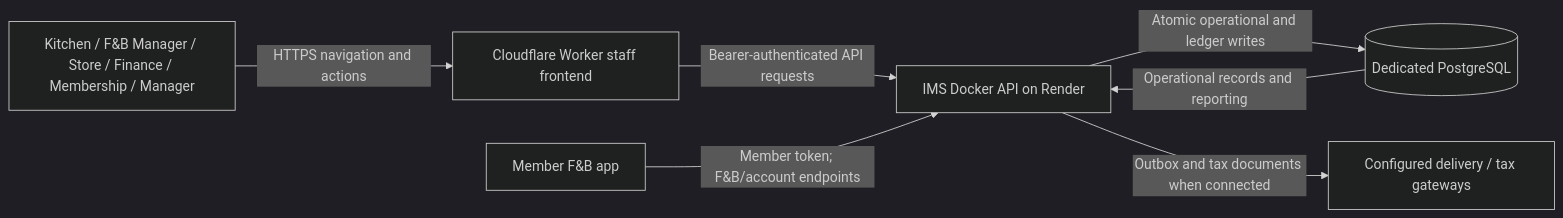
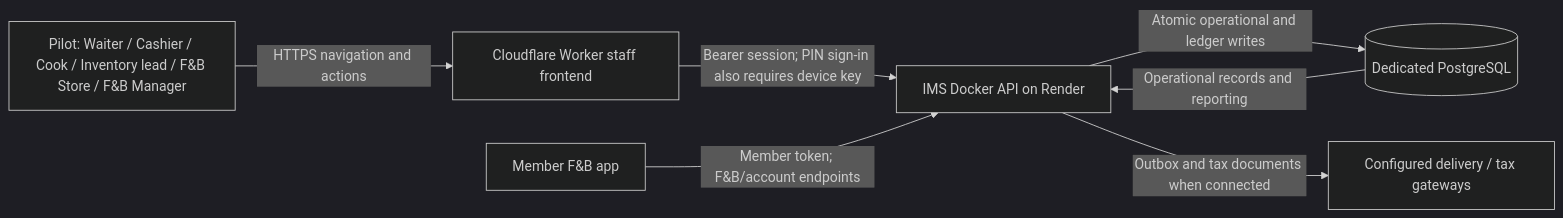
One commit to Baqir-Hassan/ims changed the first of 2 diagrams in docs/FNB_DFD.md. Above: the diagram before and after it, drawn with Mermaid (dark theme). The commit also changed other lines of this file and 7 other files, not shown here.

````diff
--- a/docs/FNB_DFD.md
+++ b/docs/FNB_DFD.md
@@ -7,15 +10,15 @@
 ```mermaid
 flowchart LR
-  Staff["Kitchen / F&B Manager / Store / Finance / Membership / Manager"]
+  Staff["Pilot: Waiter / Cashier / Cook / Inventory lead / F&B Store / F&B Manager"]
   App["Member F&B app"]
   UI["Cloudflare Worker staff frontend"]
   API["IMS Docker API on Render"]
   DB[("Dedicated PostgreSQL")]
   Delivery["Configured delivery / tax gateways"]
   Staff -->|HTTPS navigation and actions| UI
-  UI -->|Bearer-authenticated API requests| API
+  UI -->|Bearer session; PIN sign-in also requires device key| API
   App -->|Member token; F&B/account endpoints| API
   API -->|Atomic operational and ledger writes| DB
   DB -->|Operational records and reporting| API
   API -->|Outbox and tax documents when connected| Delivery
 ```
````
